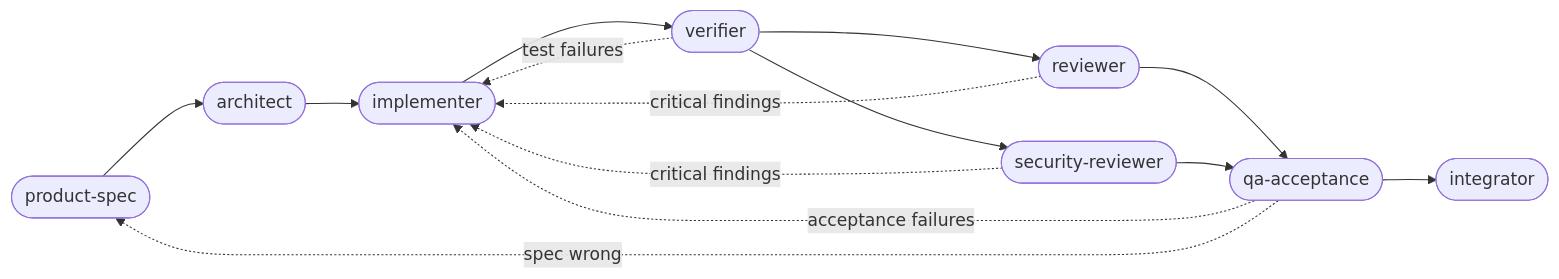
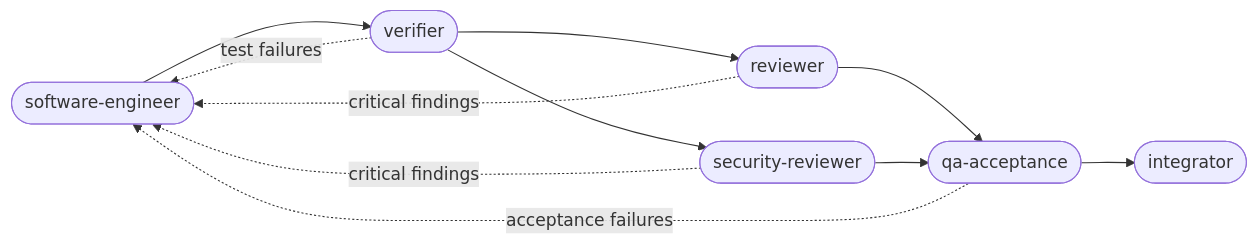
Before and after one commit to leeran7/building-blocks: the diagram in skills/closed-loop/stages.md, drawn with Mermaid. The commit also changed other lines of this file and 45 other files, not shown here.

First line of the commit message:
refactor: merge product-spec + architect + implementer into software-engineer

````diff
--- a/skills/closed-loop/stages.md
+++ b/skills/closed-loop/stages.md
@@ -5,20 +5,17 @@
 ```mermaid
 graph LR
-  PS([product-spec]) --> A([architect])
-  A --> I([implementer])
-  I --> V([verifier])
+  SE([software-engineer]) --> V([verifier])
 
   V --> R([reviewer])
   V --> SR([security-reviewer])
 
   R --> QA([qa-acceptance])
   SR --> QA
 
   QA --> INT([integrator])
 
-  R -. "critical findings" .-> I
-  SR -. "critical findings" .-> I
-  V -. "test failures" .-> I
-  QA -. "acceptance failures" .-> I
-  QA -. "spec wrong" .-> PS
+  R -. "critical findings" .-> SE
+  SR -. "critical findings" .-> SE
+  V -. "test failures" .-> SE
+  QA -. "acceptance failures" .-> SE
 ```
````
